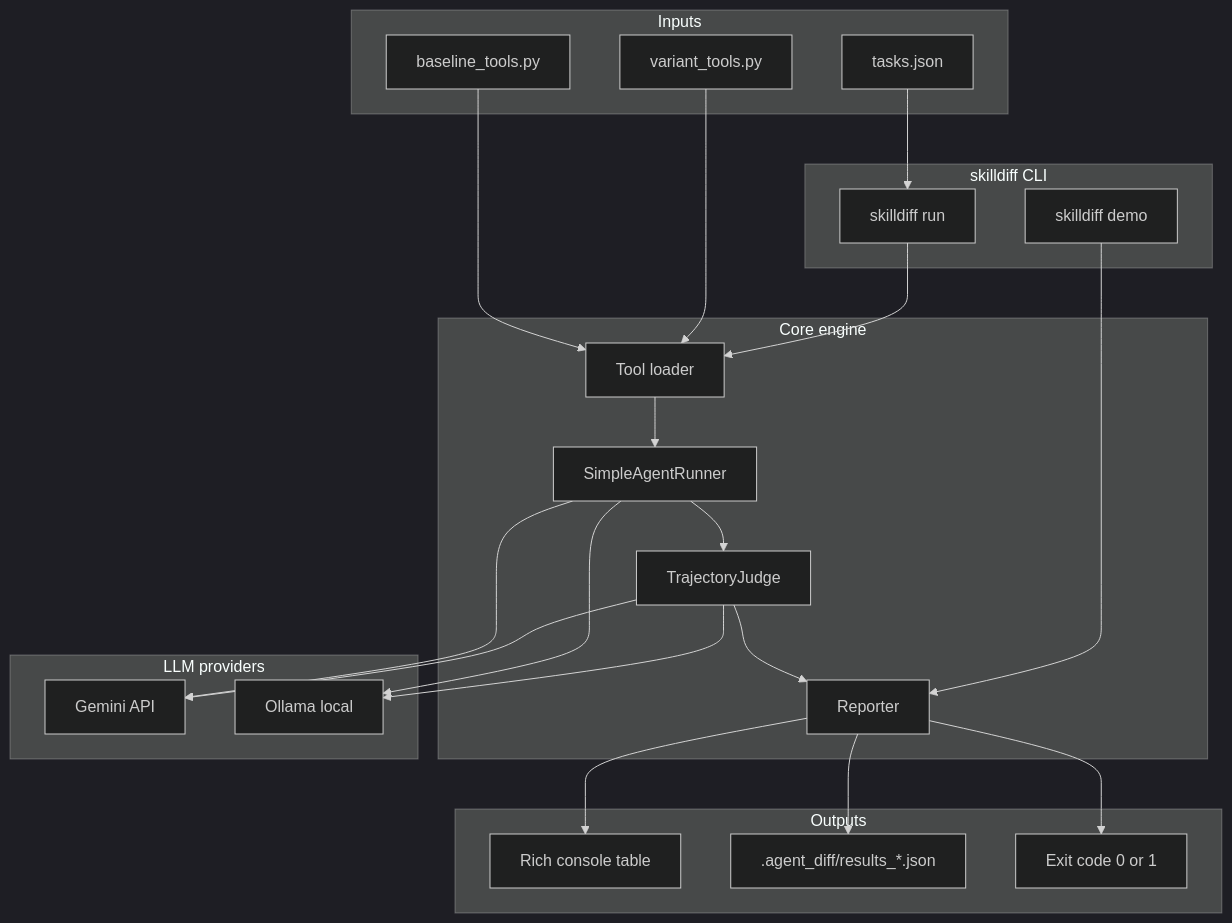
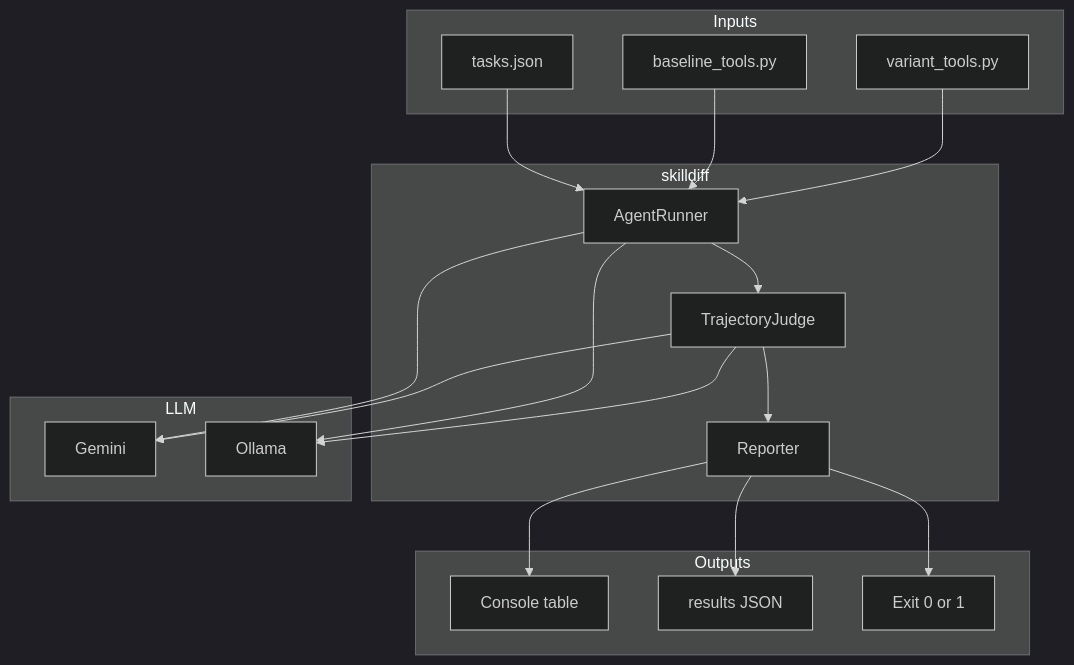
Before and after one commit to shunvel/skilldiff: the fourth of 4 diagrams in README.md, drawn with Mermaid (dark theme). The commit also changed other lines of this file and 23 other files, not shown here.

````diff
--- a/README.md
+++ b/README.md
@@ -32,47 +258,34 @@
 ```mermaid
 flowchart TB
-  subgraph input [Inputs]
+  subgraph inputs [Inputs]
     tasks[tasks.json]
-    baselineTools[baseline_tools.py]
-    variantTools[variant_tools.py]
+    base[baseline_tools.py]
+    var[variant_tools.py]
   end
-
-  subgraph cli [skilldiff CLI]
-    runCmd[skilldiff run]
-    demoCmd[skilldiff demo]
-  end
-
-  subgraph engine [Core engine]
-    loader[Tool loader]
-    runner[SimpleAgentRunner]
+  subgraph engine [skilldiff]
+    runner[AgentRunner]
     judge[TrajectoryJudge]
     reporter[Reporter]
   end
-
-  subgraph providers [LLM providers]
-    gemini[Gemini API]
-    ollama[Ollama local]
+  subgraph llm [LLM]
+    gemini[Gemini]
+    ollama[Ollama]
   end
-
-  subgraph output [Outputs]
-    table[Rich console table]
-    json[.agent_diff/results_*.json]
-    exitCode[Exit code 0 or 1]
+  subgraph out [Outputs]
+    table[Console table]
+    json[results JSON]
+    code[Exit 0 or 1]
   end
-
-  tasks --> runCmd
-  baselineTools --> loader
-  variantTools --> loader
-  runCmd --> loader
-  loader --> runner
+  tasks --> runner
+  base --> runner
+  var --> runner
   runner --> gemini
   runner --> ollama
   runner --> judge
   judge --> gemini
   judge --> ollama
   judge --> reporter
   reporter --> table
   reporter --> json
-  reporter --> exitCode
-  demoCmd --> reporter
+  reporter --> code
 ```
````
